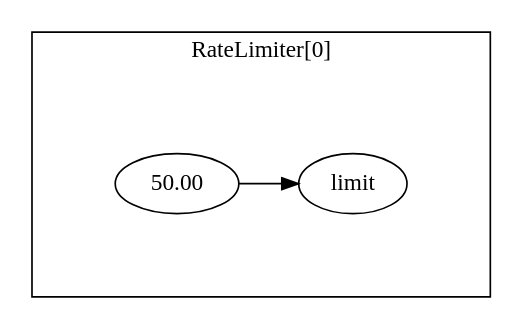
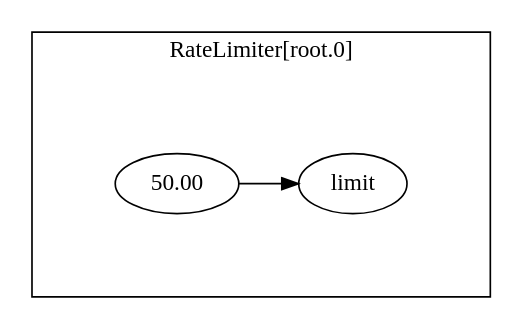
Before and after one commit to dataongunlaws/aperture: the diagram in blueprints/examples/static-rate-limiting/gen/graph/graph.dot, drawn with Graphviz. The commit also changed 262 other files, not shown here.

```diff
--- a/blueprints/examples/static-rate-limiting/gen/graph/graph.dot
+++ b/blueprints/examples/static-rate-limiting/gen/graph/graph.dot
@@ -1,12 +1,12 @@
 digraph  {
 	subgraph cluster_s1 {
-		label="RateLimiter[0]";margin="50.0";
+		label="RateLimiter[root.0]";margin="50.0";
 		n3[label="50.00"];
 		n2[label="limit"];
 		n3->n2;
 		{rank=same; n2;};
 		
 	}
 	rankdir="LR";splines="ortho";
 	
 }
```
